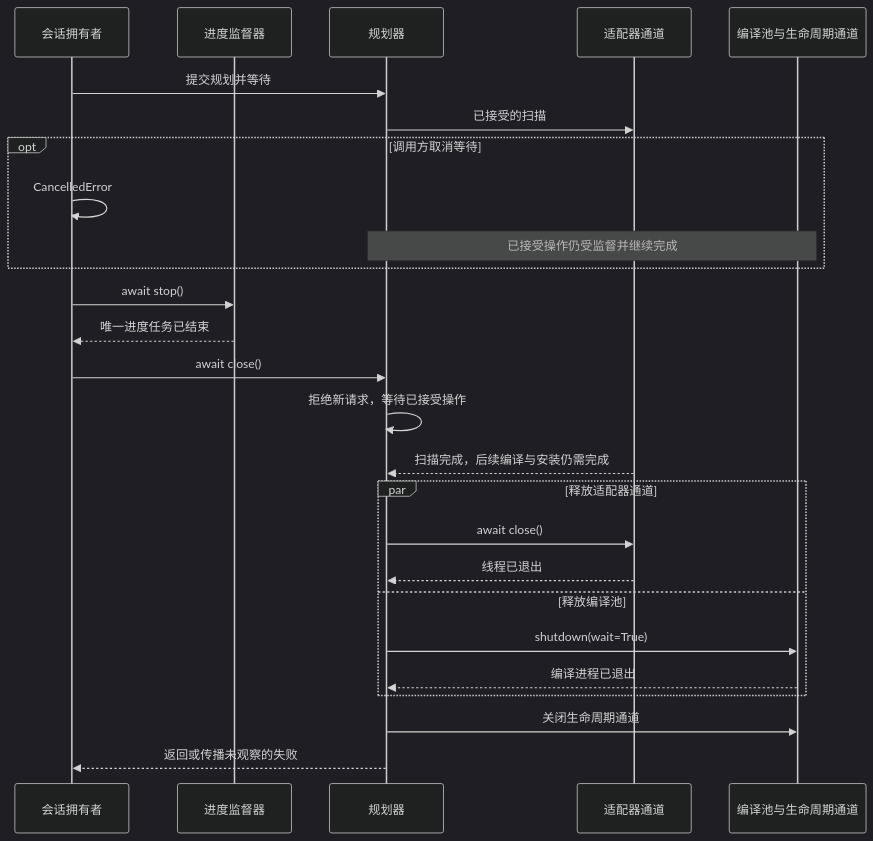
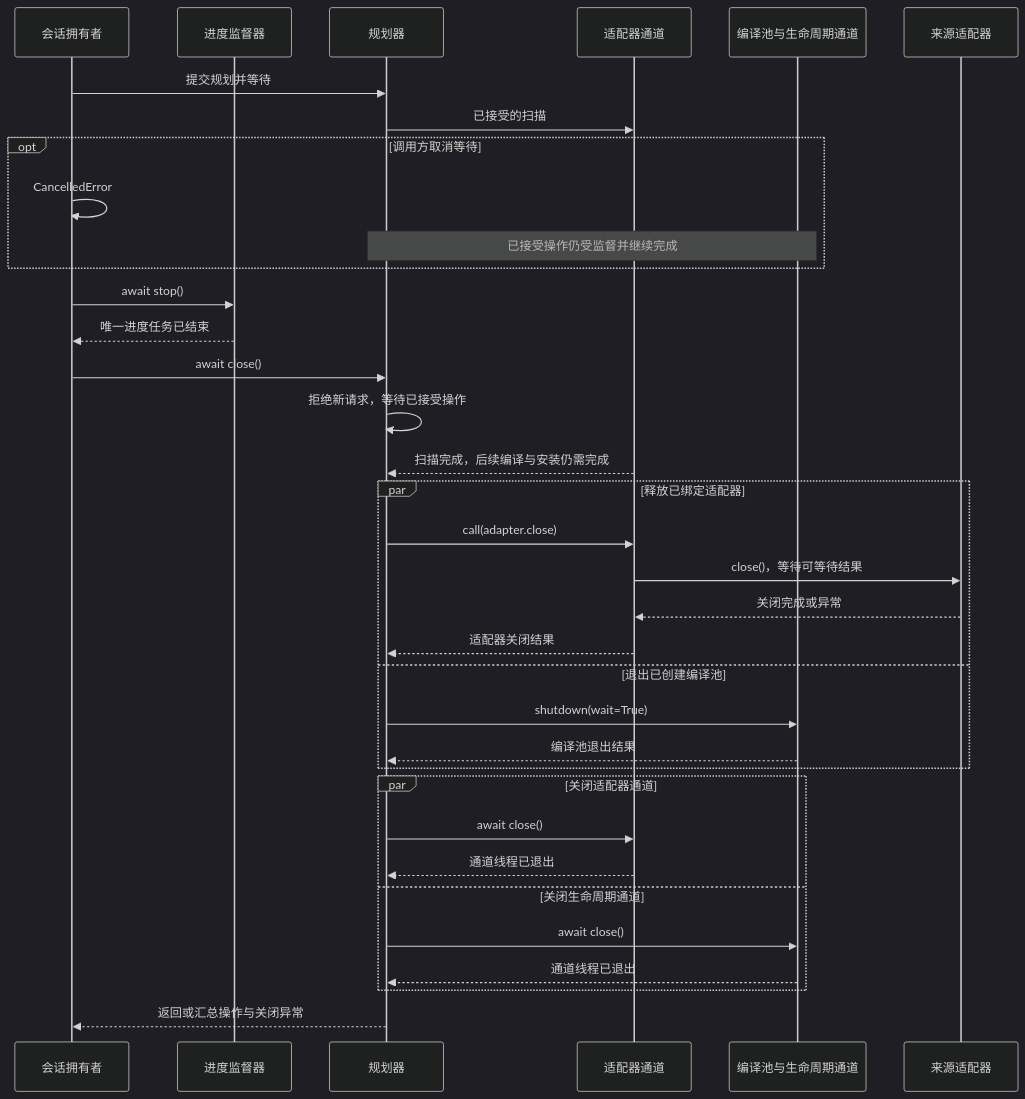
The third of 3 diagrams in docs/source_coordination_zh.md (diaosj/fluxway), drawn with Mermaid (dark theme) before and after one commit. The commit also changed other lines of this file and 20 other files, not shown here.

````diff
--- a/docs/source_coordination_zh.md
+++ b/docs/source_coordination_zh.md
@@ -283,28 +320,37 @@
 ```mermaid
 sequenceDiagram
     participant A as 会话拥有者
     participant S as 进度监督器
     participant P as 规划器
     participant I as 适配器通道
     participant C as 编译池与生命周期通道
+    participant R as 来源适配器
     A->>P: 提交规划并等待
     P->>I: 已接受的扫描
     opt 调用方取消等待
         A->>A: CancelledError
         Note over P,C: 已接受操作仍受监督并继续完成
     end
     A->>S: await stop()
     S-->>A: 唯一进度任务已结束
     A->>P: await close()
     P->>P: 拒绝新请求，等待已接受操作
     I-->>P: 扫描完成，后续编译与安装仍需完成
-    par 释放适配器通道
+    par 释放已绑定适配器
+        P->>I: call(adapter.close)
+        I->>R: close()，等待可等待结果
+        R-->>I: 关闭完成或异常
+        I-->>P: 适配器关闭结果
+    and 退出已创建编译池
+        P->>C: shutdown(wait=True)
+        C-->>P: 编译池退出结果
+    end
+    par 关闭适配器通道
         P->>I: await close()
-        I-->>P: 线程已退出
-    and 释放编译池
-        P->>C: shutdown(wait=True)
-        C-->>P: 编译进程已退出
+        I-->>P: 通道线程已退出
+    and 关闭生命周期通道
+        P->>C: await close()
+        C-->>P: 通道线程已退出
     end
-    P->>C: 关闭生命周期通道
-    P-->>A: 返回或传播未观察的失败
+    P-->>A: 返回或汇总操作与关闭异常
 ```
````
